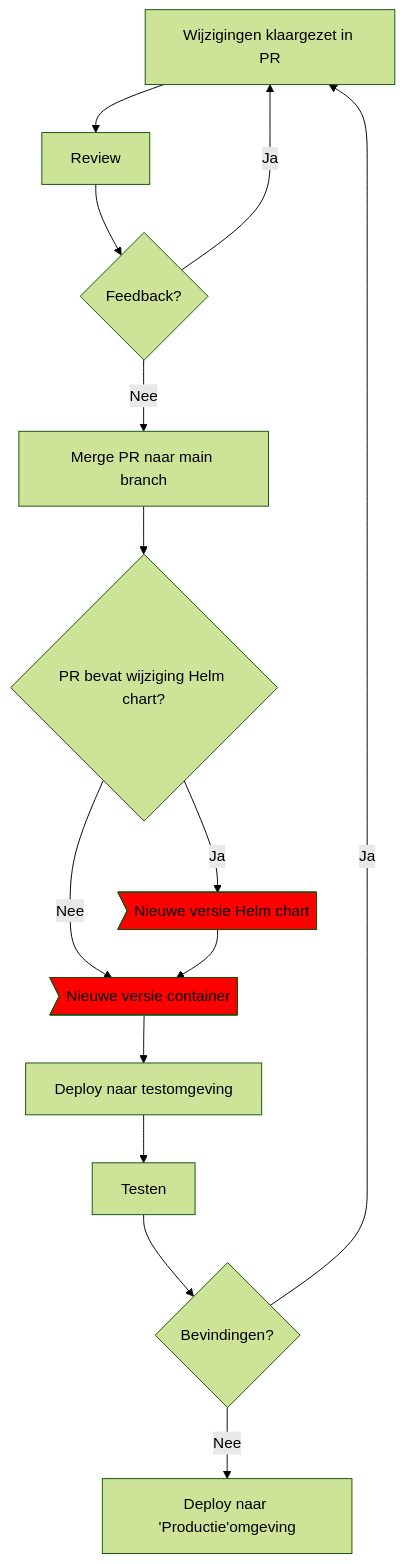
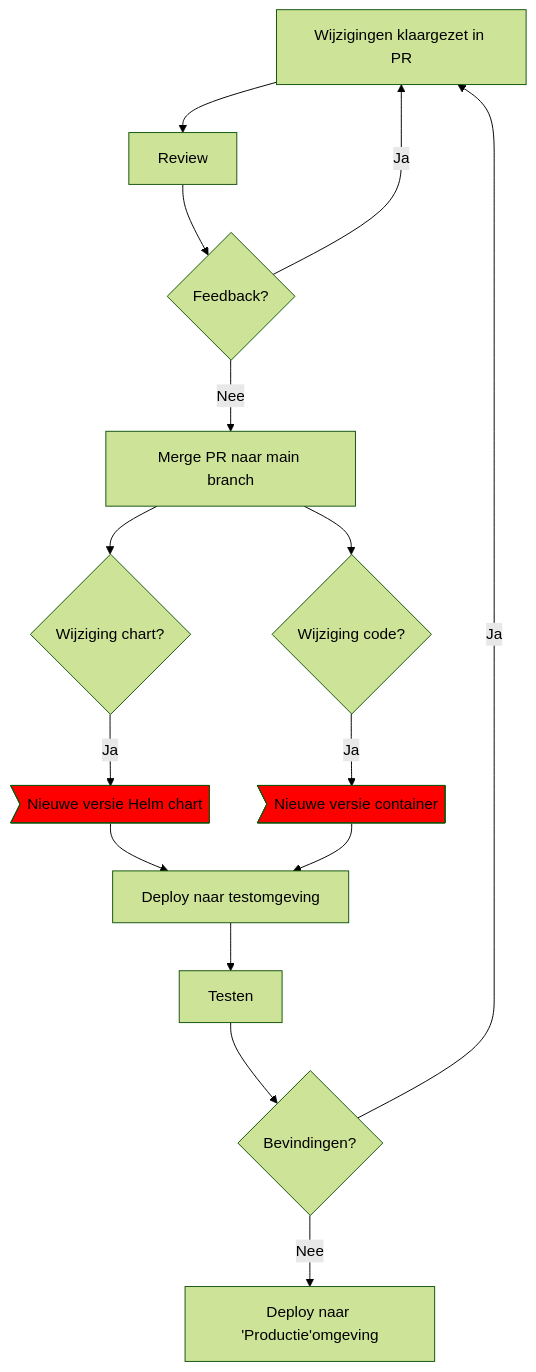
The diagram in Versiebeheer.md (Klantinteractie-Servicesysteem/.github), drawn with Mermaid (forest theme) before and after one commit.

````diff
--- a/Versiebeheer.md
+++ b/Versiebeheer.md
@@ -52,18 +52,20 @@
 ```mermaid
 flowchart TD
   A[Wijzigingen klaargezet in PR] --> B[Review]
   B --> C{Feedback?}
   C -->|Ja| A
   C -->|Nee| L[Merge PR naar main branch]
-  L --> E{PR bevat wijziging Helm chart?}
+  L --> E{Wijziging chart?}
   E -->|Ja| F>Nieuwe versie Helm chart]
-  E -->|Nee| D
-  F --> D>Nieuwe versie container]
+  L --> M{Wijziging code?}
+  M -->|Ja| D>Nieuwe versie container]
+  D>Nieuwe versie container]
+  F --> G
   D --> G[Deploy naar testomgeving]
   G --> H[Testen]
   H --> I{Bevindingen?}
   I -->|Ja| A
   I -->|Nee| J[Deploy naar 'Productie'omgeving]
   style D fill:red
   style F fill:red
 ```
````
